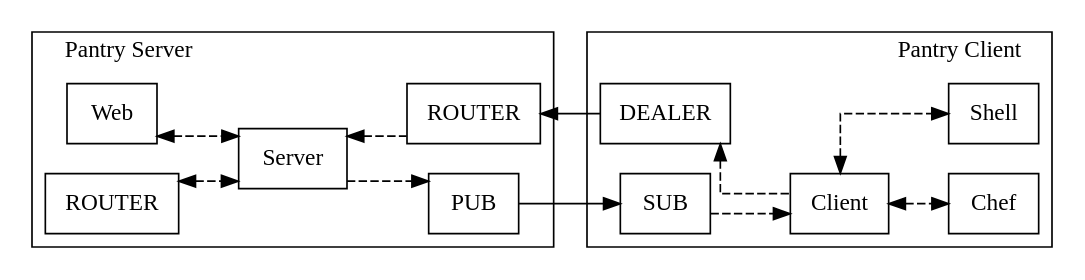
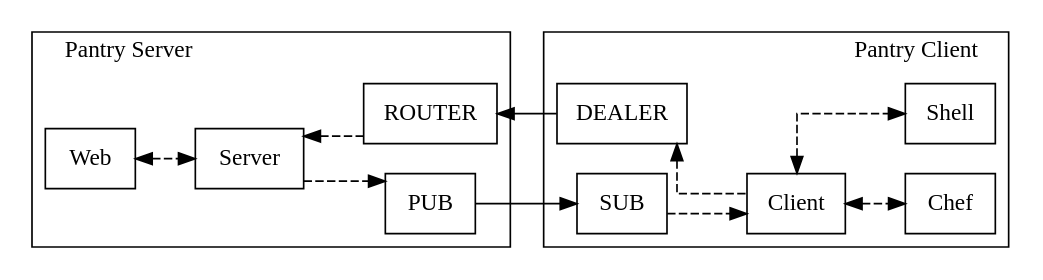
One commit to pantry/pantry changed the diagram in doc/network_topology.dot. Above: the diagram before and after it, drawn with Graphviz. The commit also changed 1 other file, not shown here.

Commit message:
Remove the front-end API socket from diagram
All clients, whether Pantry::Client or CLI will go through the same
sockets on the server. In fact, Web will probably disappear from this
graph as well.

```diff
--- a/doc/network_topology.dot
+++ b/doc/network_topology.dot
@@ -1,47 +1,45 @@
 digraph pantry {
   rankdir = LR;
   color = black;
   splines = ortho;
   node [shape=rectangle];
 
   subgraph cluster_server {
     label = "Pantry Server";
     labeljust = left;
     edge [style=dashed];
 
     server     [label="Server"];
     server_web [label="Web"];
-    api        [label="ROUTER"];
     publish    [label="PUB"];
 
     server_dealer [label="ROUTER"];
 
     server_web -> server [dir=both];
-    api        -> server [dir=both];
 
     server -> publish;
     server -> server_dealer [dir=back];
   }
 
   subgraph cluster_client {
     label = "Pantry Client";
     labeljust = right;
     edge [style=dashed];
 
     client        [label="Client"];
     subscribe     [label="SUB"];
     provisioning  [label="Chef"];
     shell         [label="Shell"];
 
     client_dealer [label="DEALER"];
 
     client     -> provisioning [dir=both];
     client     -> shell        [dir=both];
 
     subscribe     -> client;
     client_dealer -> client [dir=back];
   }
 
   server_dealer -> client_dealer [dir=back];
   publish       -> subscribe;
 }
```
